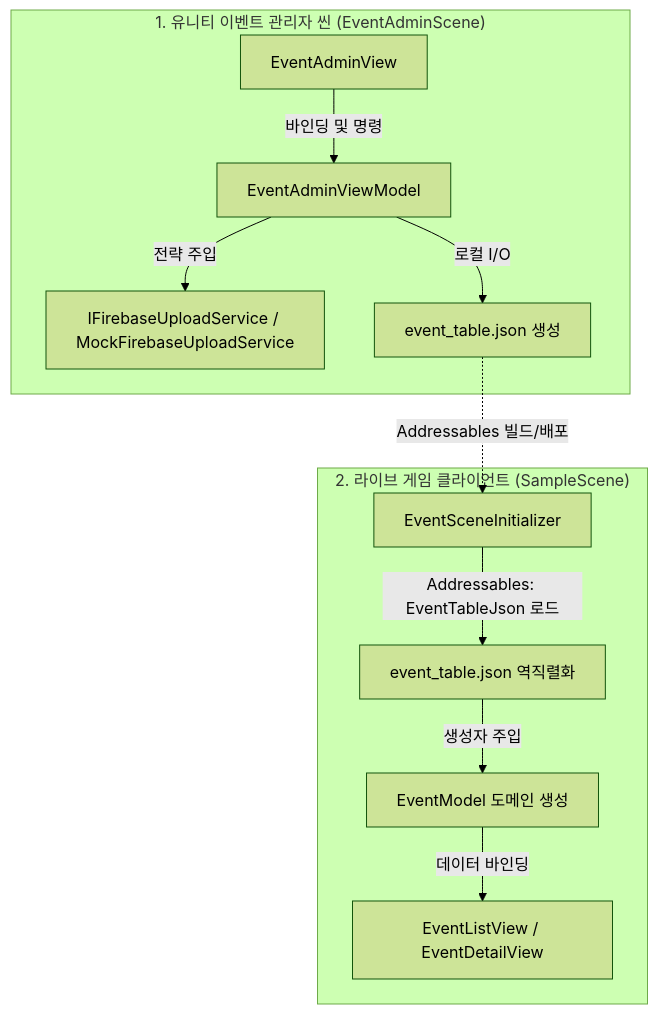
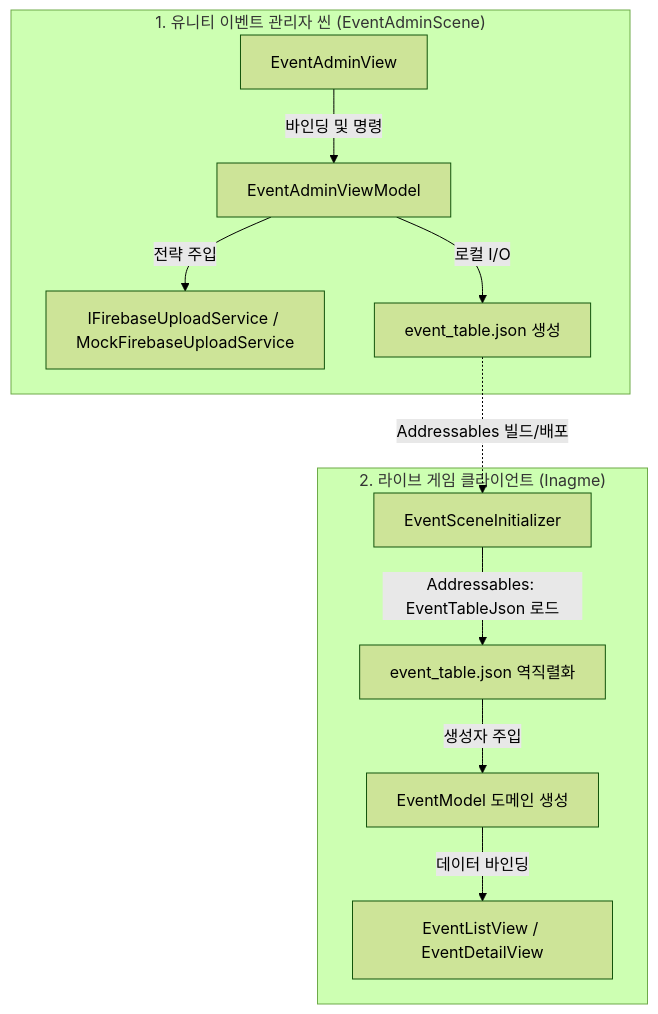
One commit to frod2793/BePex_Unity_Client changed the diagram in README.md. Above: the diagram before and after it, drawn with Mermaid (forest theme). The commit also changed other lines of this file, not shown here.

````diff
--- a/README.md
+++ b/README.md
@@ -27,16 +33,16 @@
 ```mermaid
 flowchart TD
     subgraph Unity_Admin_Scene ["1. 유니티 이벤트 관리자 씬 (EventAdminScene)"]
         A1[EventAdminView] -->|바인딩 및 명령| A2[EventAdminViewModel]
         A2 -->|전략 주입| A3[IFirebaseUploadService / MockFirebaseUploadService]
         A2 -->|로컬 I/O| A4[event_table.json 생성]
     end
 
-    subgraph Unity_Runtime_Client ["2. 라이브 게임 클라이언트 (SampleScene)"]
+    subgraph Unity_Runtime_Client ["2. 라이브 게임 클라이언트 (Inagme)"]
         C1[EventSceneInitializer] -->|Addressables: EventTableJson 로드| C2[event_table.json 역직렬화]
         C2 -->|생성자 주입| C3[EventModel 도메인 생성]
         C3 -->|데이터 바인딩| C4[EventListView / EventDetailView]
     end
 
     A4 -.->|Addressables 빌드/배포| C1
 ```
````
